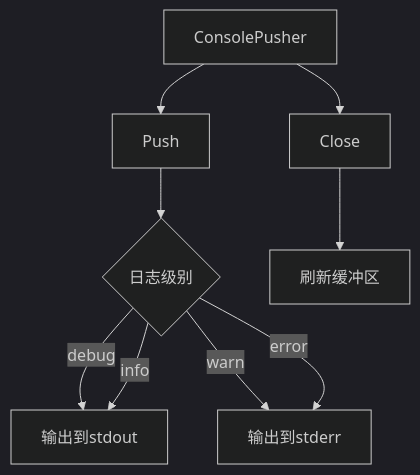
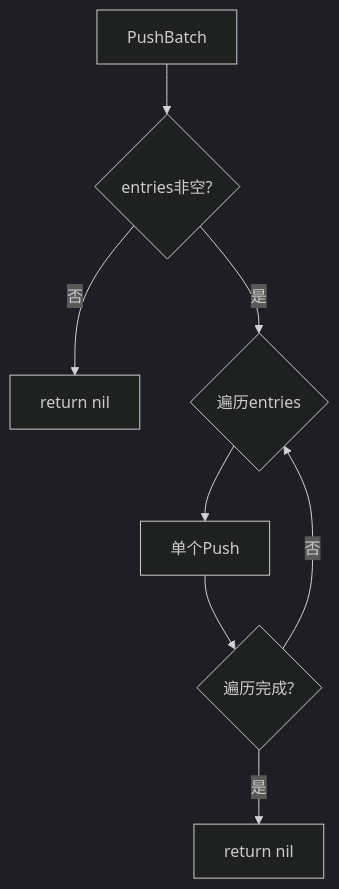
The seventh of 7 diagrams in logger/FLOWS.md (LerkoX/flowx), drawn with Mermaid (dark theme) before and after one commit. The commit also changed other lines of this file and 6 other files, not shown here.

First line of the commit message:
docs: enhance module flow diagrams with detailed implementation flows

````diff
--- a/logger/FLOWS.md
+++ b/logger/FLOWS.md
@@ -42,12 +93,10 @@
 ```mermaid
 flowchart TD
-    A[ConsolePusher] --> B[Push]
-    B --> C{日志级别}
-    C -->|debug| D[输出到stdout]
-    C -->|info| D
-    C -->|warn| E[输出到stderr]
-    C -->|error| E
-
-    A --> F[Close]
-    F --> G[刷新缓冲区]
+    A[PushBatch] --> B{entries非空?}
+    B -->|否| C[return nil]
+    B -->|是| D{遍历entries}
+    D --> E[单个Push]
+    E --> F{遍历完成?}
+    F -->|否| D
+    F -->|是| G[return nil]
 ```
````
